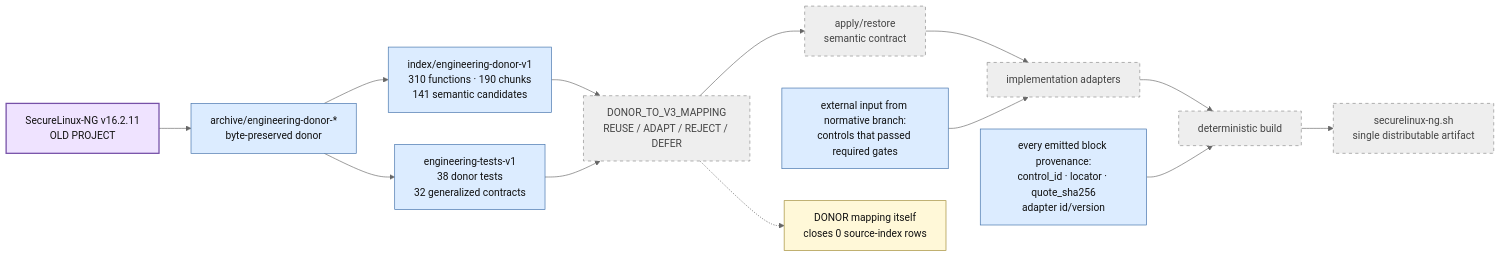
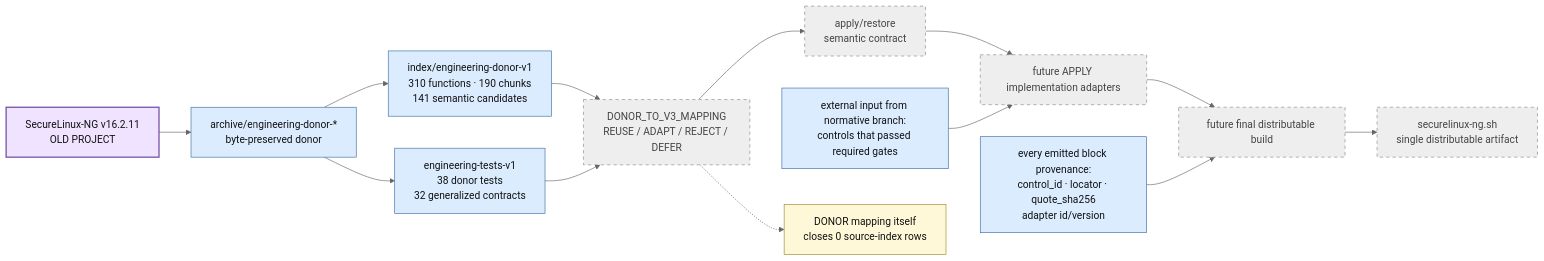
Before and after one commit to rasav65/SecureLinux-Policy: the fourth of 6 diagrams in docs/PROJECT-MAP-v3.md, drawn with Mermaid (neutral theme). The commit also changed other lines of this file and 34 other files, not shown here.

````diff
--- a/docs/PROJECT-MAP-v3.md
+++ b/docs/PROJECT-MAP-v3.md
@@ -186,36 +213,36 @@
 ```mermaid
 flowchart LR
     OLD["SecureLinux-NG v16.2.11<br/>OLD PROJECT"]:::donor
 
     ARCHIVE["archive/engineering-donor-*<br/>byte-preserved donor"]:::component
     DONOR_INDEX["index/engineering-donor-v1<br/>310 functions · 190 chunks<br/>141 semantic candidates"]:::component
     DONOR_TESTS["engineering-tests-v1<br/>38 donor tests<br/>32 generalized contracts"]:::component
 
     MAP["DONOR_TO_V3_MAPPING<br/>REUSE / ADAPT / REJECT / DEFER"]:::future
     APPLY["apply/restore<br/>semantic contract"]:::future
-    ADAPTERS["implementation adapters"]:::future
-    BUILD["deterministic build"]:::future
+    ADAPTERS["future APPLY implementation adapters"]:::future
+    BUILD["future final distributable build"]:::future
     SCRIPT["securelinux-ng.sh<br/>single distributable artifact"]:::future
 
     OLD --> ARCHIVE
     ARCHIVE --> DONOR_INDEX
     ARCHIVE --> DONOR_TESTS
     DONOR_INDEX --> MAP
     DONOR_TESTS --> MAP
 
     MAP --> APPLY --> ADAPTERS --> BUILD --> SCRIPT
 
     NORMIN["external input from normative branch:<br/>controls that passed required gates"]:::component
     NORMIN --> ADAPTERS
 
     PROVOUT["every emitted block provenance:<br/>control_id · locator · quote_sha256<br/>adapter id/version"]:::component
     PROVOUT --> BUILD
 
     ZERO["DONOR mapping itself<br/>closes 0 source-index rows"]:::note
     MAP -.-> ZERO
 
     classDef donor fill:#efe3ff,stroke:#7651a8,color:#111,stroke-width:2px;
     classDef component fill:#dcecff,stroke:#3e6ea8,color:#111;
     classDef future fill:#eeeeee,stroke:#888,color:#444,stroke-dasharray: 5 5;
     classDef note fill:#fff8d8,stroke:#9d8730,color:#111;
 ```
````
